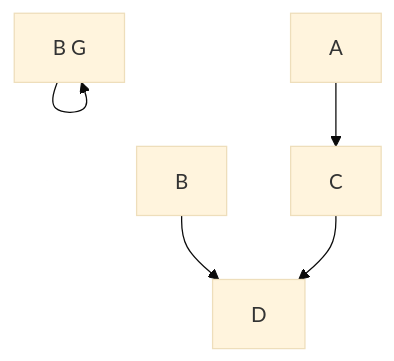
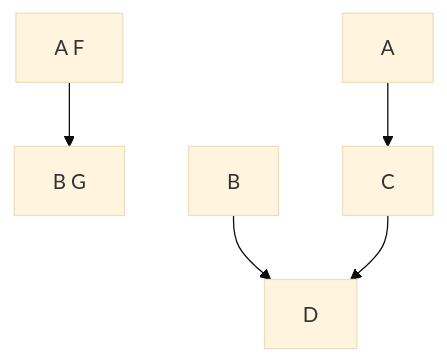
Before and after one commit to sputhiyamadam/PYRATES_workshop: the first of 2 diagrams in .ipynb_checkpoints/README-checkpoint.md, drawn with Mermaid (base theme). The commit also changed other lines of this file and 1 other file, not shown here.

````diff
--- a/.ipynb_checkpoints/README-checkpoint.md
+++ b/.ipynb_checkpoints/README-checkpoint.md
@@ -46,7 +46,7 @@
 ```mermaid
 graph TD;
-  id1[A F]-->  id1[B G];
+  id1[A F]-->  id2[B G];
   A-->C;
   B-->D;
   C-->D;
 ```
````
